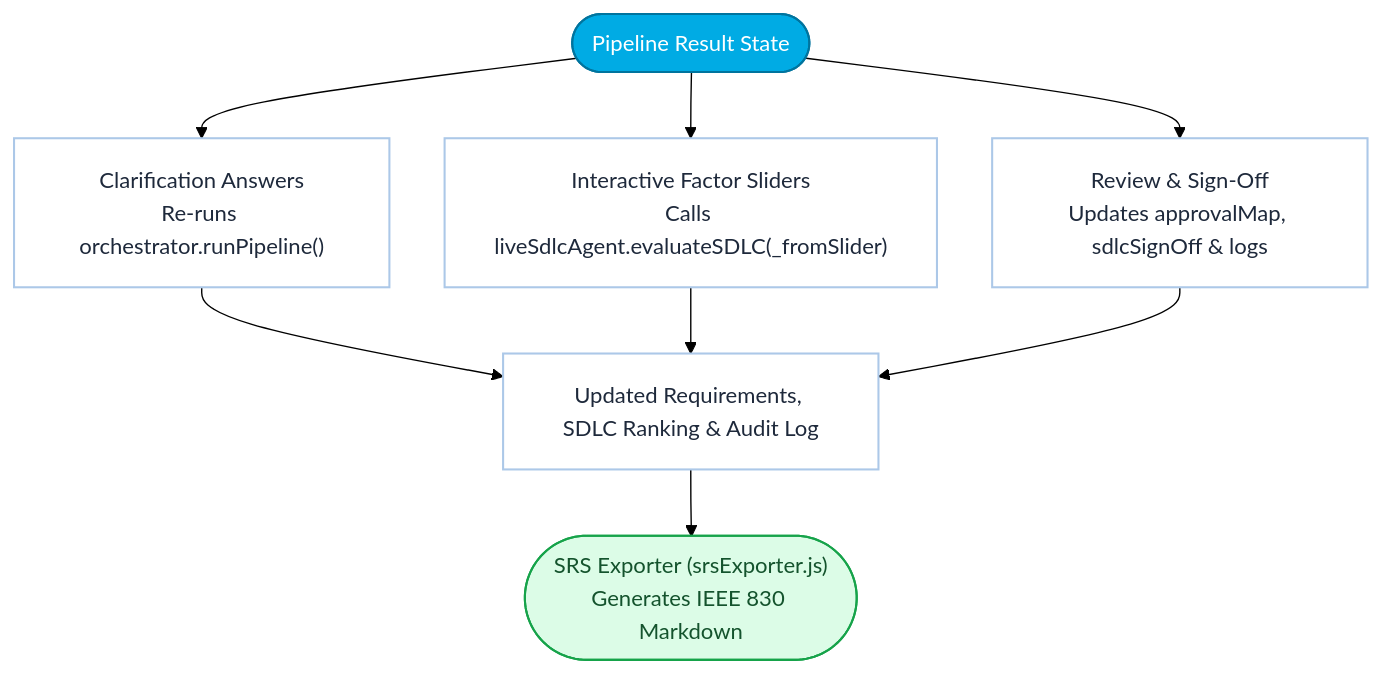
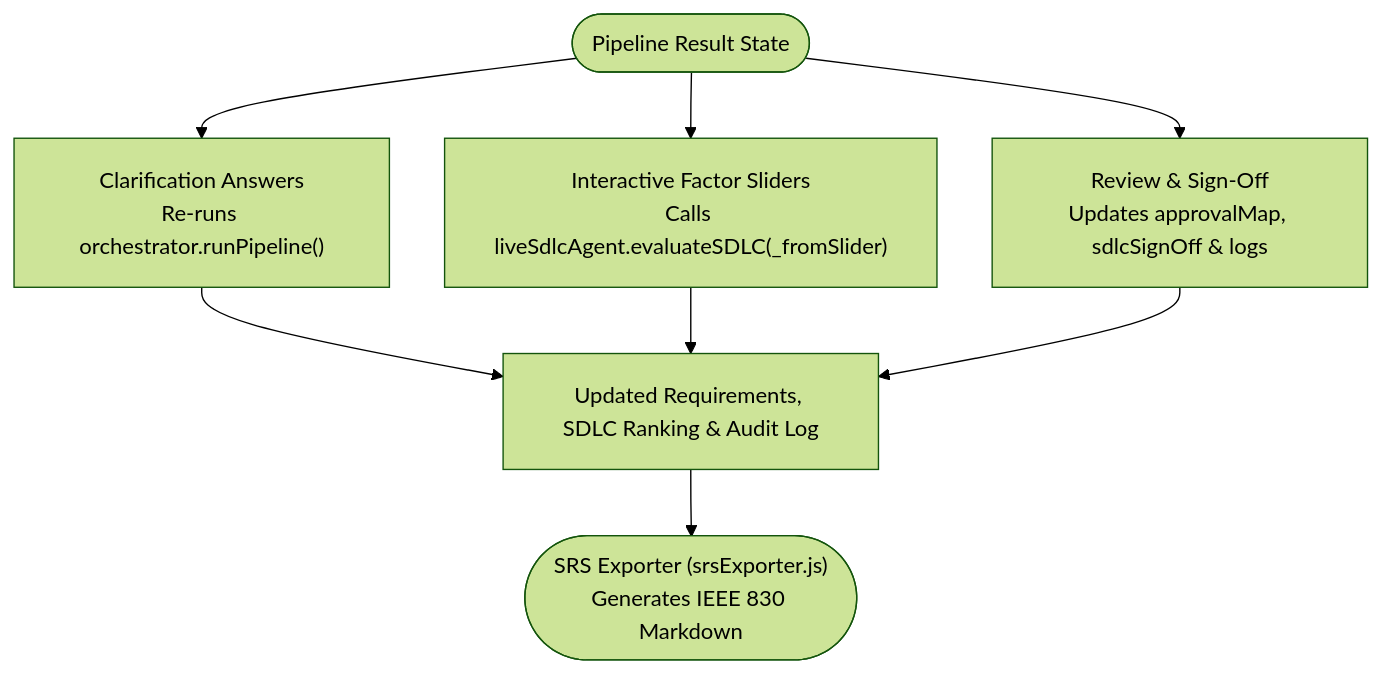
The second of 2 diagrams in ARCHITECTURE.md (shivamkumar87/finreq-ai), drawn with Mermaid (forest theme) before and after one commit. The commit also changed other lines of this file and 1 other file, not shown here.

Commit message:
docs: remove custom colors from Mermaid flowcharts

````diff
--- a/ARCHITECTURE.md
+++ b/ARCHITECTURE.md
@@ -77,25 +62,17 @@
 ```mermaid
 %%{init: {'flowchart': {'rankSpacing': 48, 'nodeSpacing': 40, 'padding': 18, 'curve': 'basis'}}}%%
 flowchart TD
     State(["Pipeline Result State"])
 
     Clarif["Clarification Answers<br/>Re-runs orchestrator.runPipeline()"]
     Sliders["Interactive Factor Sliders<br/>Calls liveSdlcAgent.evaluateSDLC(_fromSlider)"]
     HITL["Review & Sign-Off<br/>Updates approvalMap, sdlcSignOff & logs"]
 
     Updated["Updated Requirements, SDLC Ranking & Audit Log"]
     Export(["SRS Exporter (srsExporter.js)<br/>Generates IEEE 830 Markdown"])
 
     State --> Clarif --> Updated
     State --> Sliders --> Updated
     State --> HITL --> Updated
     Updated --> Export
-
-    classDef io fill:#00ABE4,stroke:#00749E,color:#FFFFFF,stroke-width:1.5px;
-    classDef step fill:#FFFFFF,stroke:#ACC8E8,color:#1E293B,stroke-width:1.5px;
-    classDef done fill:#DCFCE7,stroke:#16A34A,color:#14532D,stroke-width:1.5px;
-
-    class State io;
-    class Clarif,Sliders,HITL,Updated step;
-    class Export done;
 ```
````
